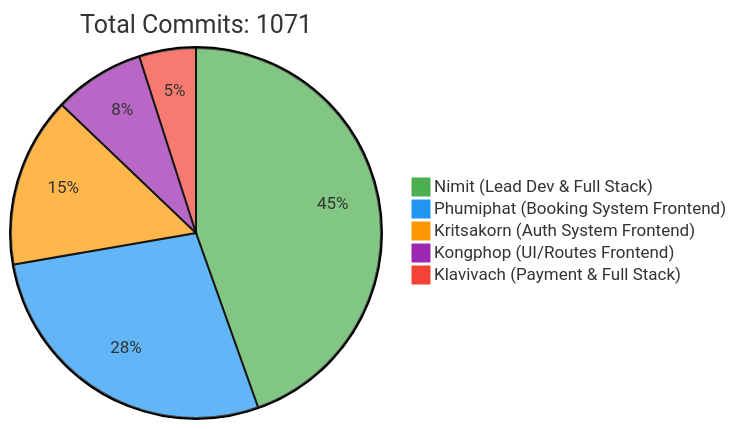
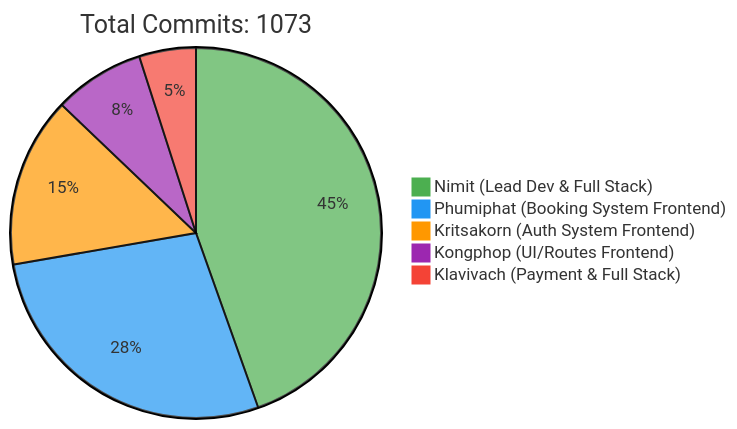
The first of 2 diagrams in README.md (6531503042/Sport-Complex), drawn with Mermaid before and after one commit. The commit also changed other lines of this file, not shown here.

Commit message:
docs: Update contributor statistics [skip ci]

````diff
--- a/README.md
+++ b/README.md
@@ -240,10 +240,10 @@
 ```mermaid
 %%{init: {'theme': 'base', 'themeVariables': { 'pie1': '#4CAF50', 'pie2': '#2196F3', 'pie3': '#FF9800', 'pie4': '#9C27B0', 'pie5': '#F44336'}}}%%
 pie
-    title Total Commits: 1071
+    title Total Commits: 1073
     "Nimit (Lead Dev & Full Stack)" : 450
     "Phumiphat (Booking System Frontend)" : 280
     "Kritsakorn (Auth System Frontend)" : 150
     "Kongphop (UI/Routes Frontend)" : 80
     "Klavivach (Payment & Full Stack)" : 50
 ```
````
